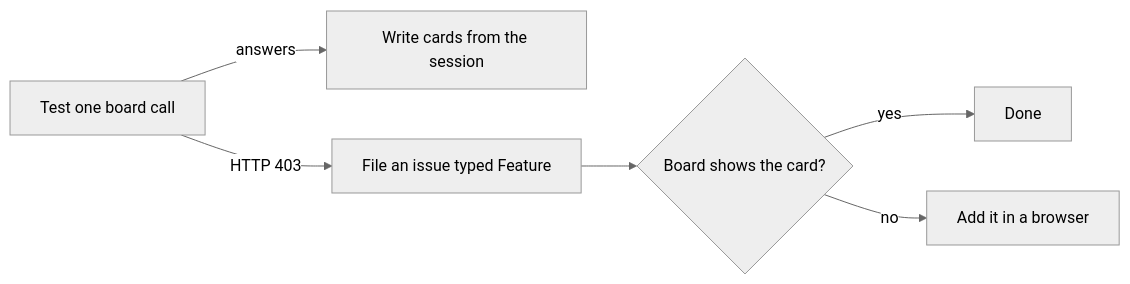
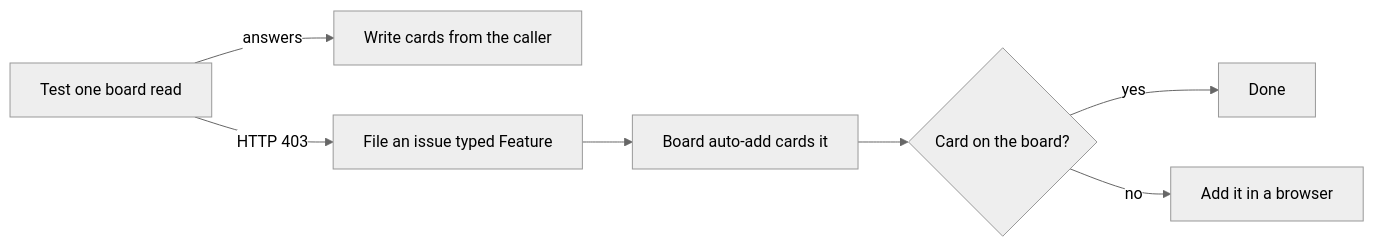
Before and after one commit to SoulCraft-Org/git-crafter: the diagram in templates/projects/board-access.md, drawn with Mermaid (neutral theme). The commit also changed other lines of this file and 1 other file, not shown here.

First line of the commit message:
Projects: make the board guide tool-neutral, link Claudius for Claude specifics

````diff
--- a/templates/projects/board-access.md
+++ b/templates/projects/board-access.md
@@ -5,8 +5,9 @@
 ```mermaid
 flowchart LR
-  T[Test one board call] -->|answers| W[Write cards from the session]
+  T[Test one board read] -->|answers| W[Write cards from the caller]
   T -->|HTTP 403| I[File an issue typed Feature]
-  I --> A{Board shows the card?}
-  A -->|yes| D[Done]
-  A -->|no| B[Add it in a browser]
+  I --> A[Board auto-add cards it]
+  A --> C{Card on the board?}
+  C -->|yes| D[Done]
+  C -->|no| B[Add it in a browser]
 ```
````
